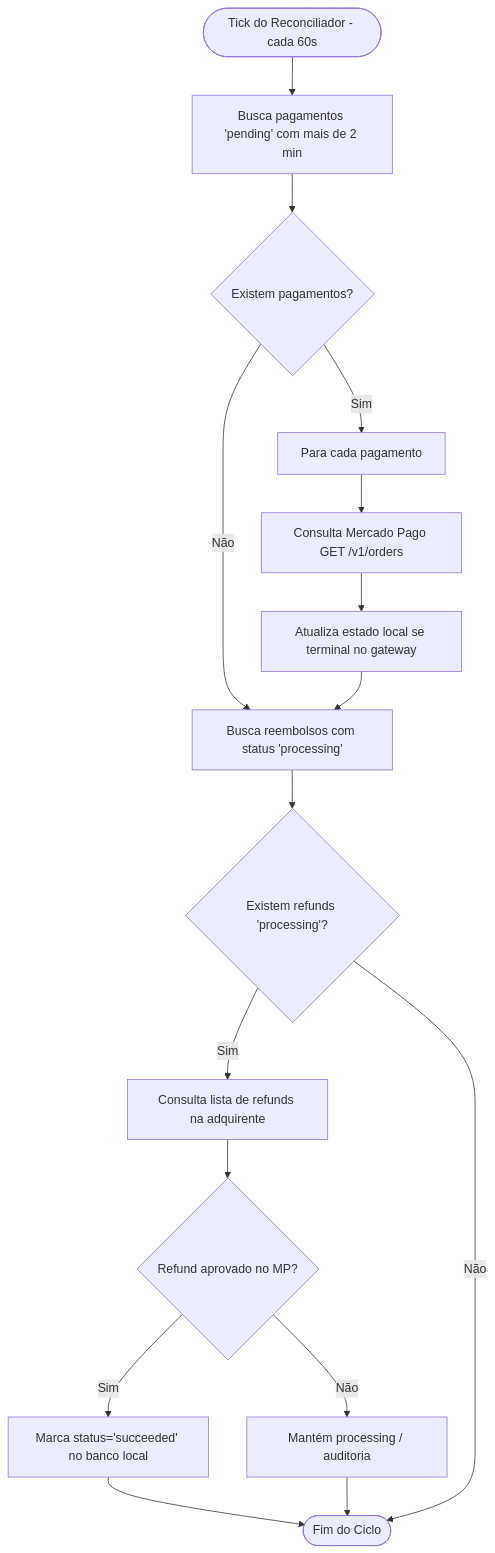
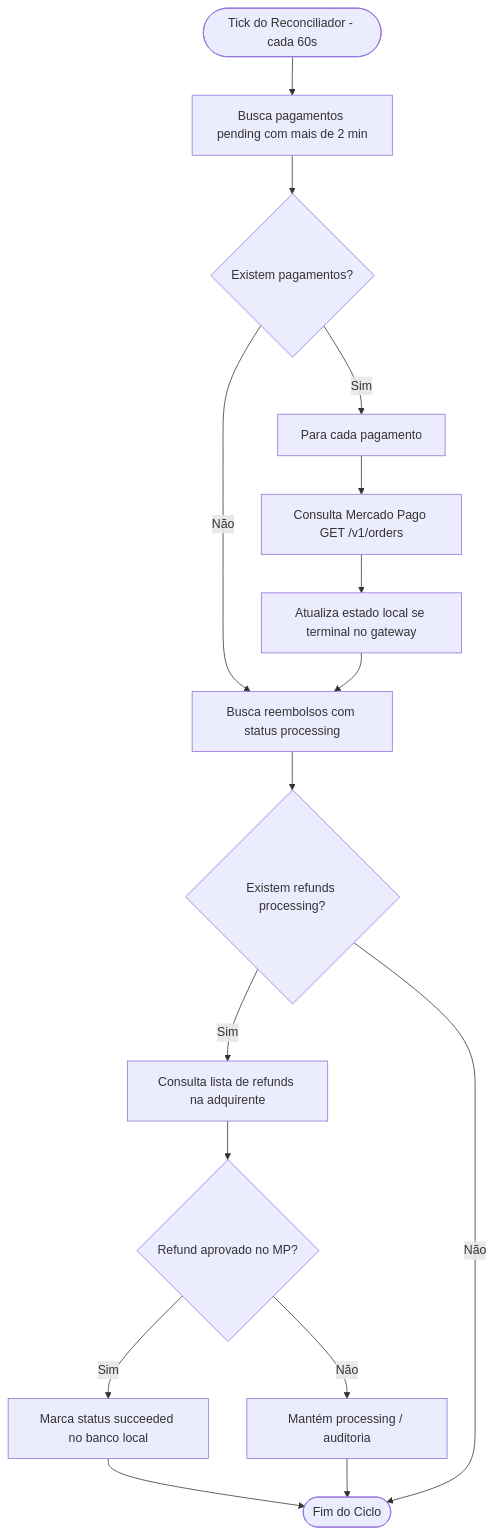
One commit to JoaoVitorML-BR/payment-api-go changed the sixth of 6 diagrams in README.md. Above: the diagram before and after it, drawn with Mermaid. The commit also changed other lines of this file and 1 other file, not shown here.

Commit message:
docs: standardize all flowchart and sequence mermaid diagrams to fix GitHub render error

````diff
--- a/README.md
+++ b/README.md
@@ -183,20 +183,20 @@
 ```mermaid
 flowchart TD
-    Start([Tick do Reconciliador - cada 60s]) --> QueryPending[Busca pagamentos 'pending' com mais de 2 min]
-    QueryPending --> CheckPayments{Existem pagamentos?}
-    CheckPayments -- Sim --> LoopPayments[Para cada pagamento]
-    CheckPayments -- Não --> QueryRefunds[Busca reembolsos com status 'processing']
+    Start(["Tick do Reconciliador - cada 60s"]) --> QueryPending["Busca pagamentos pending com mais de 2 min"]
+    QueryPending --> CheckPayments{"Existem pagamentos?"}
+    CheckPayments -- "Sim" --> LoopPayments["Para cada pagamento"]
+    CheckPayments -- "Não" --> QueryRefunds["Busca reembolsos com status processing"]
     
-    LoopPayments --> CallMP[Consulta Mercado Pago GET /v1/orders]
-    CallMP --> UpdateDB[Atualiza estado local se terminal no gateway]
+    LoopPayments --> CallMP["Consulta Mercado Pago GET /v1/orders"]
+    CallMP --> UpdateDB["Atualiza estado local se terminal no gateway"]
     UpdateDB --> QueryRefunds
     
-    QueryRefunds --> CheckRefunds{Existem refunds 'processing'?}
-    CheckRefunds -- Sim --> RecoverRefund[Consulta lista de refunds na adquirente]
-    RecoverRefund --> MatchRefund{Refund aprovado no MP?}
-    MatchRefund -- Sim --> MarkSucceeded[Marca status='succeeded' no banco local]
-    MatchRefund -- Não --> NextRefund[Mantém processing / auditoria]
-    MarkSucceeded --> End([Fim do Ciclo])
-    NextRefund --> End
-    CheckRefunds -- Não --> End
+    QueryRefunds --> CheckRefunds{"Existem refunds processing?"}
+    CheckRefunds -- "Sim" --> RecoverRefund["Consulta lista de refunds na adquirente"]
+    RecoverRefund --> MatchRefund{"Refund aprovado no MP?"}
+    MatchRefund -- "Sim" --> MarkSucceeded["Marca status succeeded no banco local"]
+    MatchRefund -- "Não" --> NextRefund["Mantém processing / auditoria"]
+    MarkSucceeded --> FinishNode(["Fim do Ciclo"])
+    NextRefund --> FinishNode
+    CheckRefunds -- "Não" --> FinishNode
 ```
````
